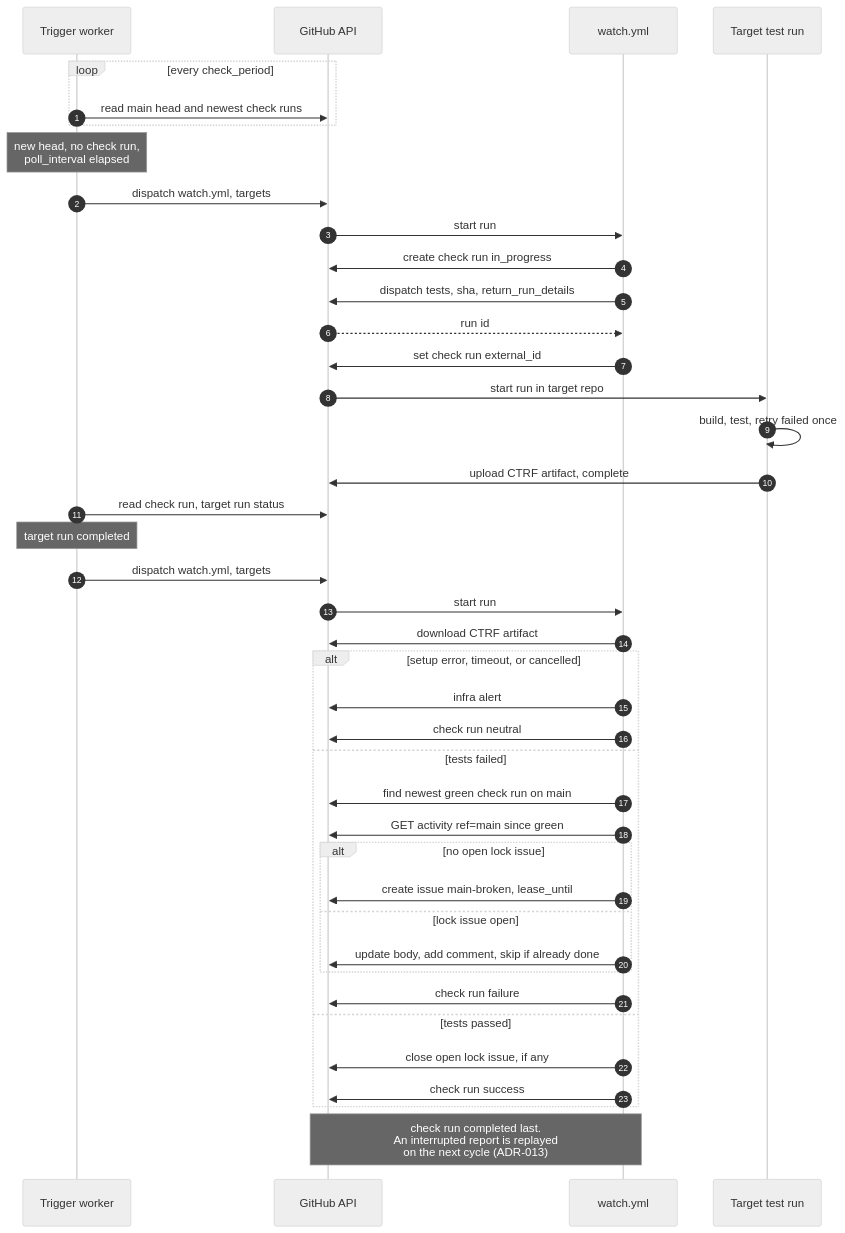
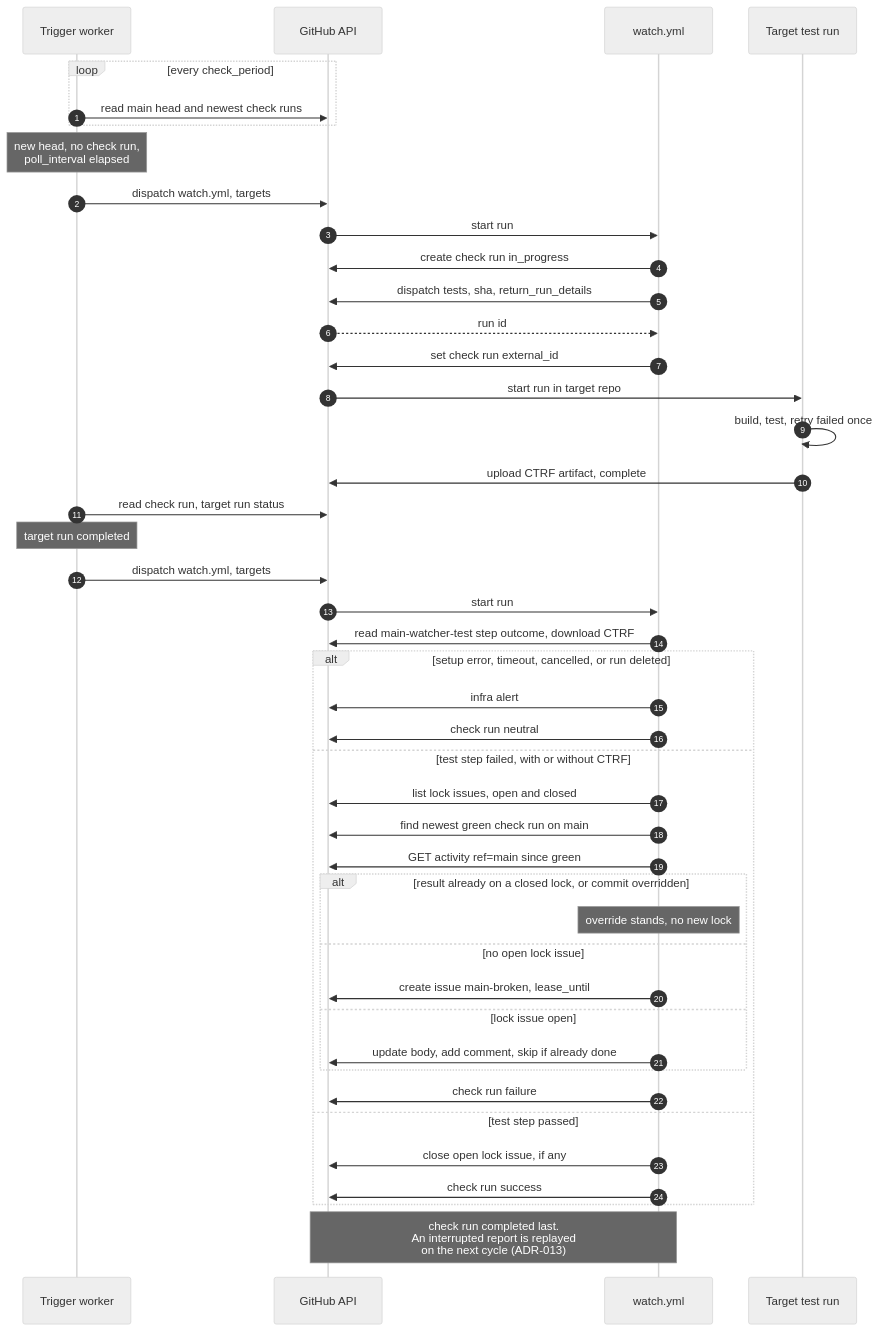
Before and after one commit to main-watcher-sandbox/main-watcher: the third of 6 diagrams in docs/architecture/architecture.md, drawn with Mermaid (neutral theme). The commit also changed other lines of this file and 6 other files, not shown here.

````diff
--- a/docs/architecture/architecture.md
+++ b/docs/architecture/architecture.md
@@ -243,45 +243,48 @@
 ```mermaid
 %% name: seq-failure-to-lock
 sequenceDiagram
     autonumber
     participant W as Trigger worker
     participant GH as GitHub API
     participant WA as watch.yml
     participant T as Target test run
 
     loop every check_period
         W->>GH: read main head and newest check runs
     end
     Note over W: new head, no check run,<br/>poll_interval elapsed
     W->>GH: dispatch watch.yml, targets
     GH->>WA: start run
     WA->>GH: create check run in_progress
     WA->>GH: dispatch tests, sha, return_run_details
     GH-->>WA: run id
     WA->>GH: set check run external_id
     GH->>T: start run in target repo
     T->>T: build, test, retry failed once
     T->>GH: upload CTRF artifact, complete
     W->>GH: read check run, target run status
     Note over W: target run completed
     W->>GH: dispatch watch.yml, targets
     GH->>WA: start run
-    WA->>GH: download CTRF artifact
-    alt setup error, timeout, or cancelled
+    WA->>GH: read main-watcher-test step outcome, download CTRF
+    alt setup error, timeout, cancelled, or run deleted
         WA->>GH: infra alert
         WA->>GH: check run neutral
-    else tests failed
+    else test step failed, with or without CTRF
+        WA->>GH: list lock issues, open and closed
         WA->>GH: find newest green check run on main
         WA->>GH: GET activity ref=main since green
-        alt no open lock issue
+        alt result already on a closed lock, or commit overridden
+            Note over WA: override stands, no new lock
+        else no open lock issue
             WA->>GH: create issue main-broken, lease_until
         else lock issue open
             WA->>GH: update body, add comment, skip if already done
         end
         WA->>GH: check run failure
-    else tests passed
+    else test step passed
         WA->>GH: close open lock issue, if any
         WA->>GH: check run success
     end
     Note over WA,GH: check run completed last.<br/>An interrupted report is replayed<br/>on the next cycle (ADR-013)
 ```
````
